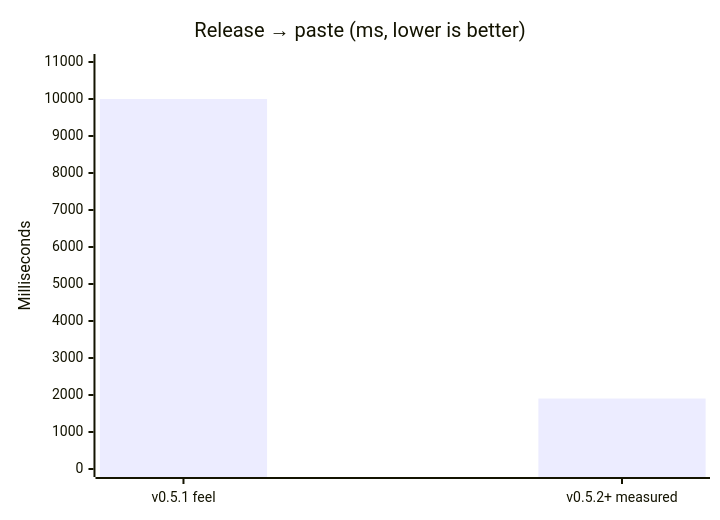
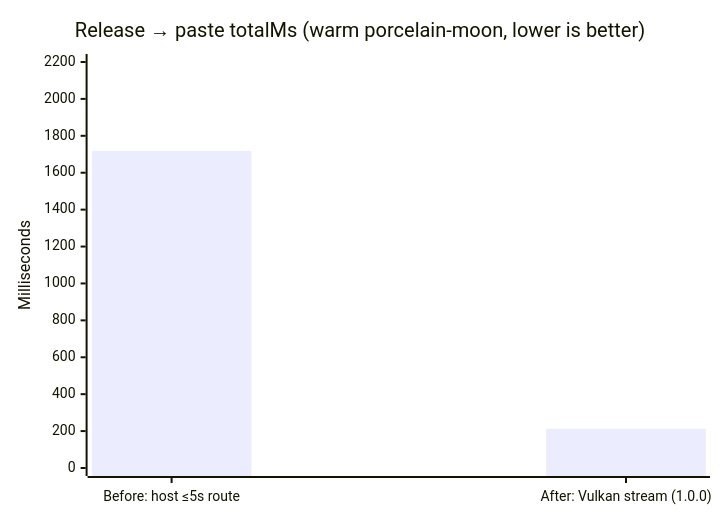
The third of 3 diagrams in README.md (leviathofnoesia/atmospeak), drawn with Mermaid before and after one commit. The commit also changed other lines of this file and 11 other files, not shown here.

First line of the commit message:
Ship warm Vulkan PTT under a 500 ms release-to-paste SLO.

````diff
--- a/README.md
+++ b/README.md
@@ -210,7 +210,7 @@
 ```mermaid
 xychart-beta
-    title "Release → paste (ms, lower is better)"
-    x-axis ["v0.5.1 feel", "v0.5.2+ measured"]
-    y-axis "Milliseconds" 0 --> 11000
-    bar [10000, 1905]
+    title "Release → paste totalMs (warm porcelain-moon, lower is better)"
+    x-axis ["Before: host ≤5s route", "After: Vulkan stream (1.0.0)"]
+    y-axis "Milliseconds" 0 --> 2200
+    bar [1718, 213]
 ```
````
